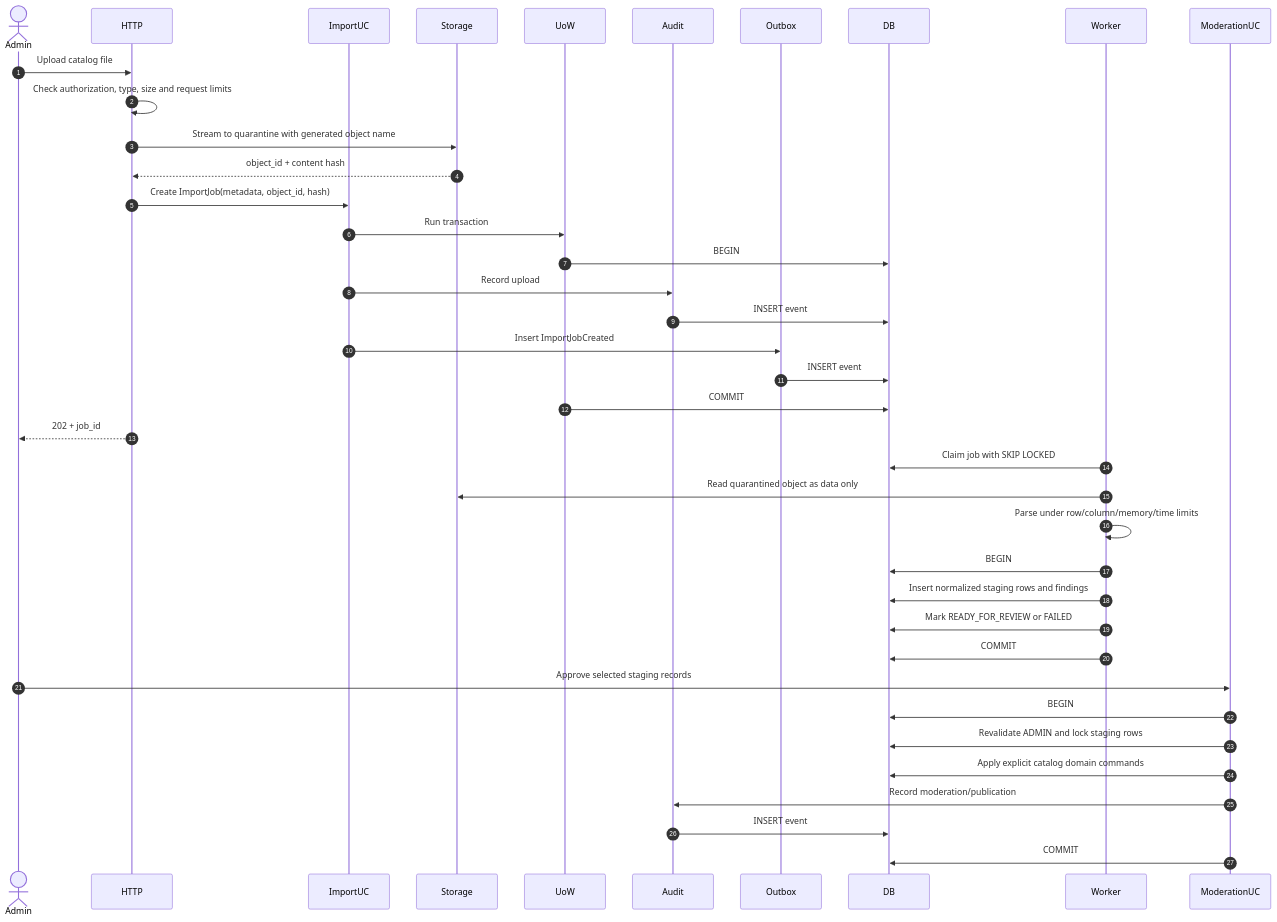
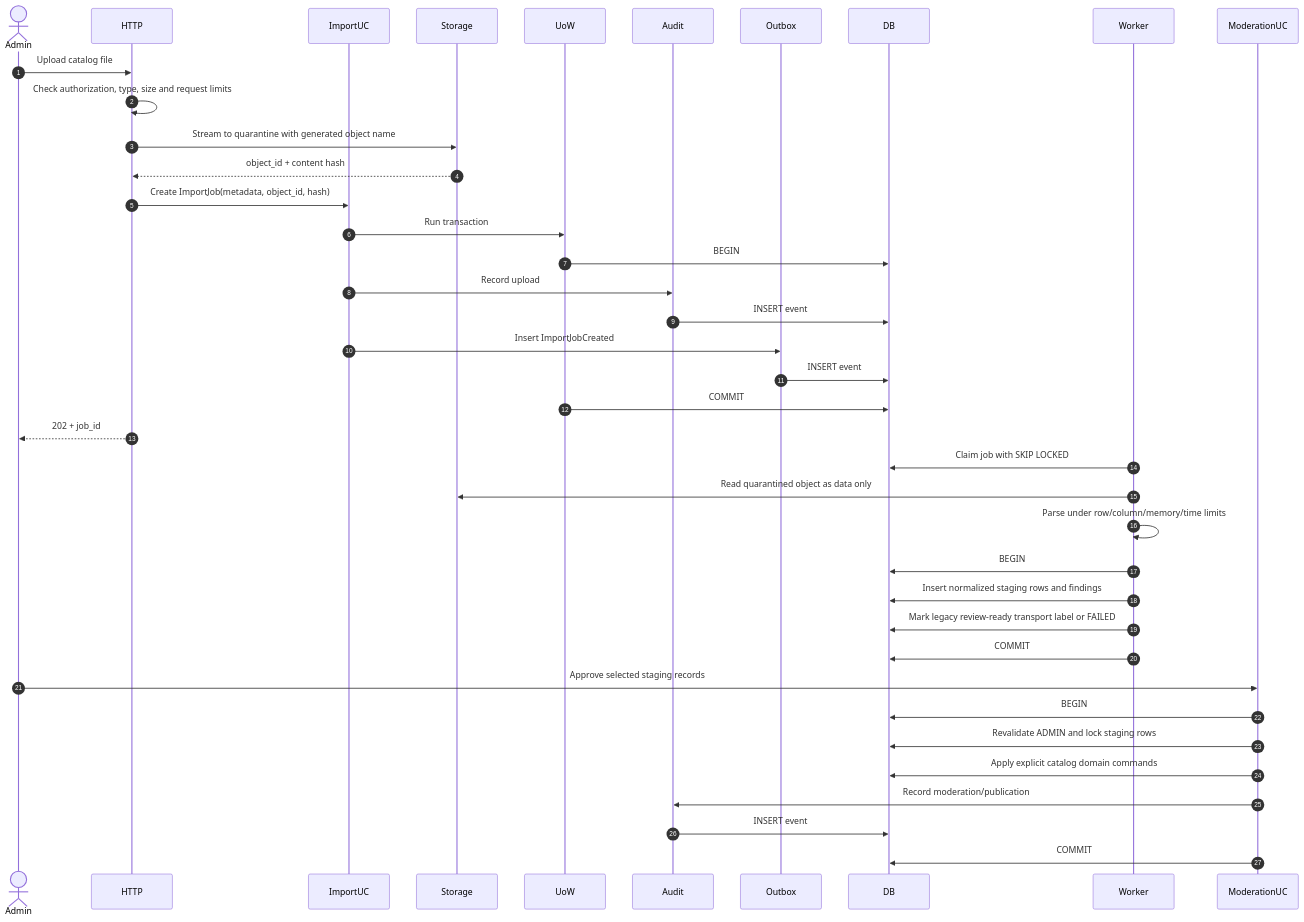
One commit to GulovM/PharmacyCRM changed diagram 14 of 19 in docs/10-sequence-diagrams.md. Above: the diagram before and after it, drawn with Mermaid. The commit also changed other lines of this file and 15 other files, not shown here.

````diff
--- a/docs/10-sequence-diagrams.md
+++ b/docs/10-sequence-diagrams.md
@@ -658,44 +658,44 @@
 ```mermaid
 sequenceDiagram
     autonumber
     actor Admin
     participant HTTP
     participant ImportUC
     participant Storage
     participant UoW
     participant Audit
     participant Outbox
     participant DB
     participant Worker
     participant ModerationUC
 
     Admin->>HTTP: Upload catalog file
     HTTP->>HTTP: Check authorization, type, size and request limits
     HTTP->>Storage: Stream to quarantine with generated object name
     Storage-->>HTTP: object_id + content hash
     HTTP->>ImportUC: Create ImportJob(metadata, object_id, hash)
     ImportUC->>UoW: Run transaction
     UoW->>DB: BEGIN
     ImportUC->>Audit: Record upload
     Audit->>DB: INSERT event
     ImportUC->>Outbox: Insert ImportJobCreated
     Outbox->>DB: INSERT event
     UoW->>DB: COMMIT
     HTTP-->>Admin: 202 + job_id
 
     Worker->>DB: Claim job with SKIP LOCKED
     Worker->>Storage: Read quarantined object as data only
     Worker->>Worker: Parse under row/column/memory/time limits
     Worker->>DB: BEGIN
     Worker->>DB: Insert normalized staging rows and findings
-    Worker->>DB: Mark READY_FOR_REVIEW or FAILED
+    Worker->>DB: Mark legacy review-ready transport label or FAILED
     Worker->>DB: COMMIT
 
     Admin->>ModerationUC: Approve selected staging records
     ModerationUC->>DB: BEGIN
     ModerationUC->>DB: Revalidate ADMIN and lock staging rows
     ModerationUC->>DB: Apply explicit catalog domain commands
     ModerationUC->>Audit: Record moderation/publication
     Audit->>DB: INSERT event
     ModerationUC->>DB: COMMIT
 ```
````
